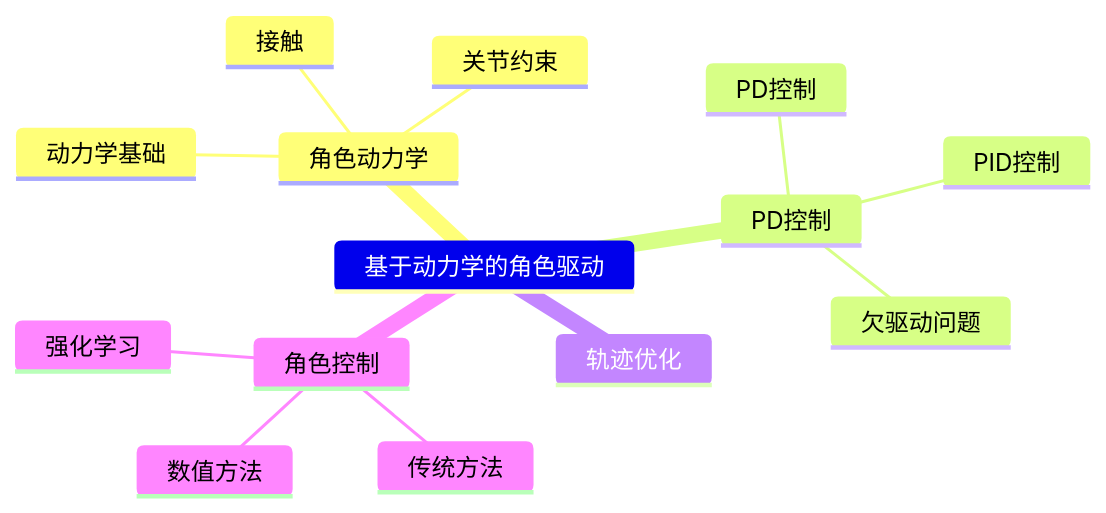
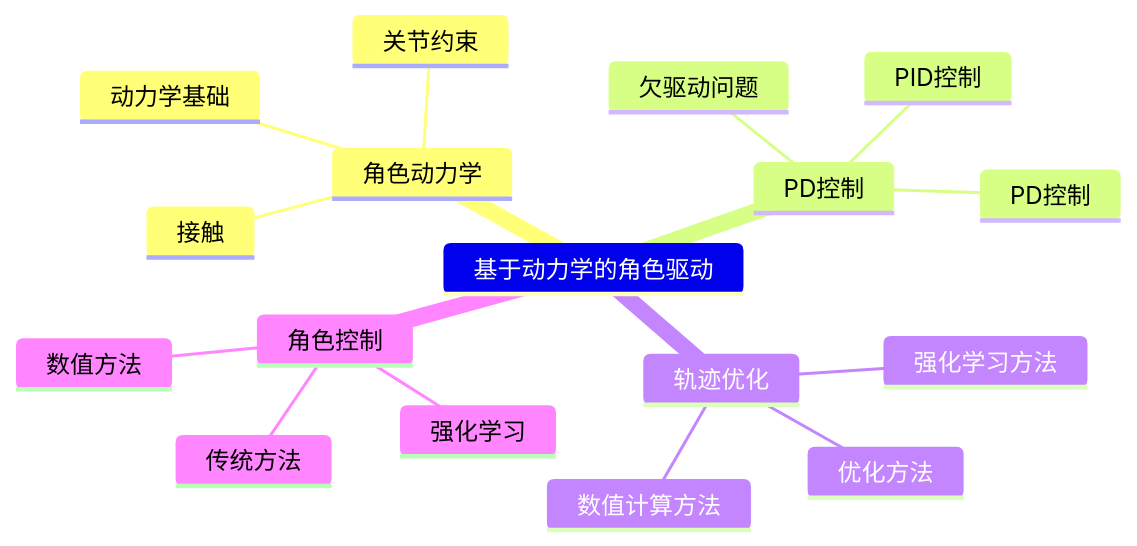
The diagram in src/Simulation.md (CaterpillarStudyGroup/GAMES105_mdbook), drawn with Mermaid before and after one commit. The commit also changed 5 other files, not shown here.

````diff
--- a/src/Simulation.md
+++ b/src/Simulation.md
@@ -12,17 +12,20 @@
 ```mermaid
 mindmap
 基于动力学的角色驱动
    角色动力学
       动力学基础
       关节约束
       接触
    PD控制
       PD控制
       PID控制
       欠驱动问题
    轨迹优化
+      优化方法
+      数值计算方法
+      强化学习方法
    角色控制
       传统方法
       数值方法
       强化学习
 ```
````
